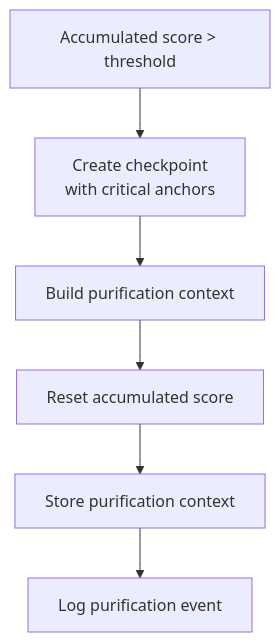
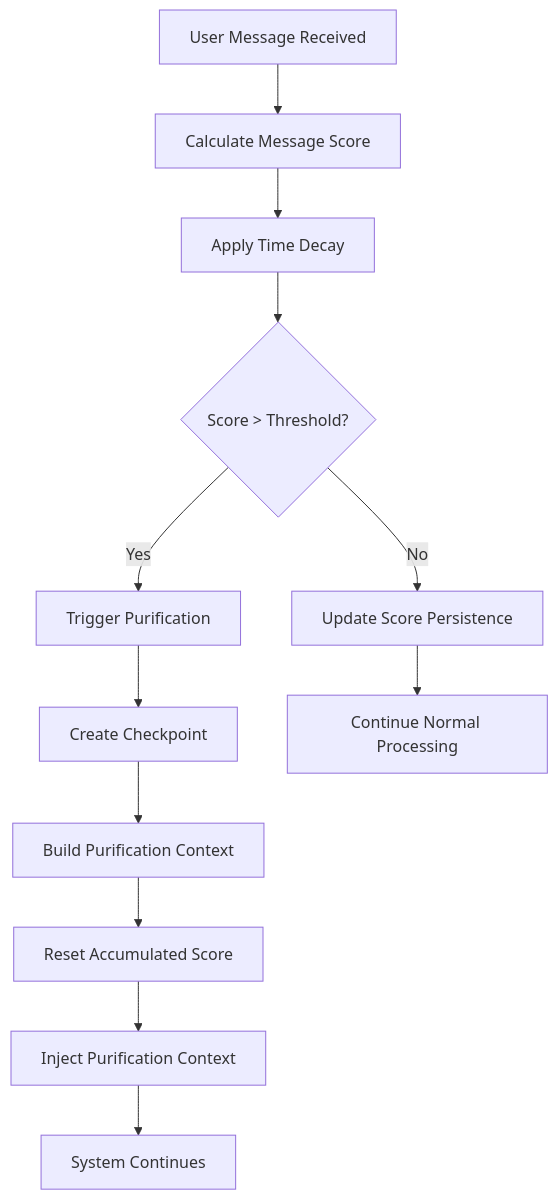
Before and after one commit to shynlee04/idumb-plugin: the ninth of 10 diagrams in .qoder/repowiki/en/content/State Management/Context Preservation.md, drawn with Mermaid. The commit also changed other lines of this file and 19 other files, not shown here.

````diff
--- a/.qoder/repowiki/en/content/State Management/Context Preservation.md
+++ b/.qoder/repowiki/en/content/State Management/Context Preservation.md
@@ -296,8 +354,14 @@
 ```mermaid
 flowchart TD
-Detect["Accumulated score > threshold"] --> CreateCP["Create checkpoint<br/>with critical anchors"]
-CreateCP --> BuildCtx["Build purification context"]
-BuildCtx --> ResetScore["Reset accumulated score"]
-ResetScore --> StoreCtx["Store purification context"]
-StoreCtx --> LogEvent["Log purification event"]
+A["User Message Received"] --> B["Calculate Message Score"]
+B --> C["Apply Time Decay"]
+C --> D{"Score > Threshold?"}
+D --> |No| E["Update Score Persistence"]
+D --> |Yes| F["Trigger Purification"]
+F --> G["Create Checkpoint"]
+G --> H["Build Purification Context"]
+H --> I["Reset Accumulated Score"]
+I --> J["Inject Purification Context"]
+E --> K["Continue Normal Processing"]
+J --> L["System Continues"]
 ```
````
